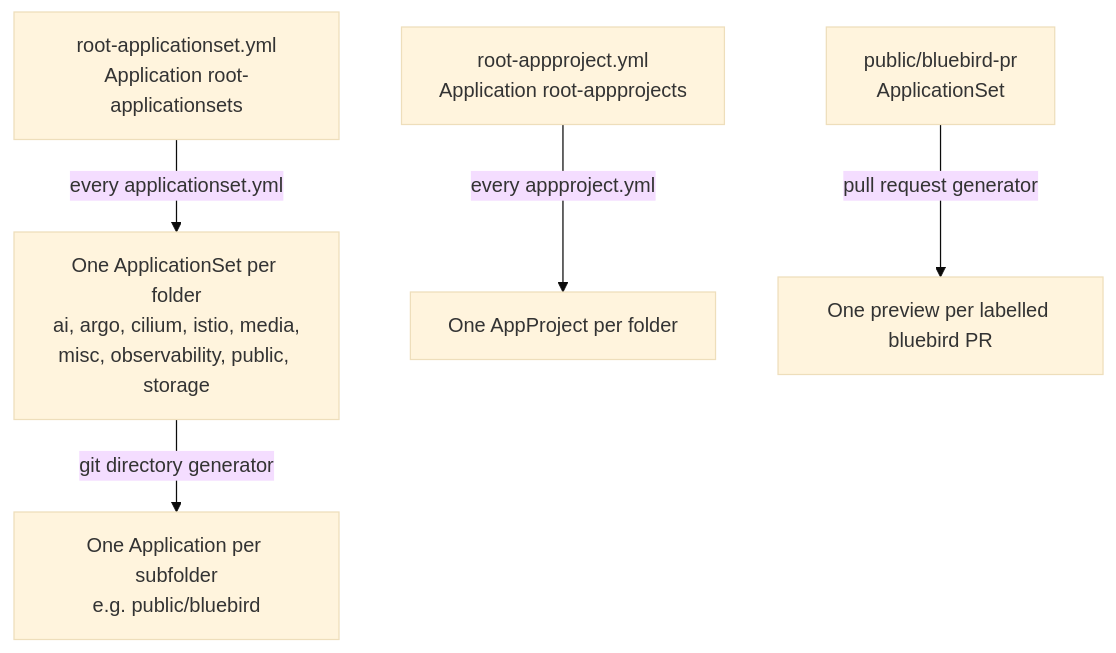
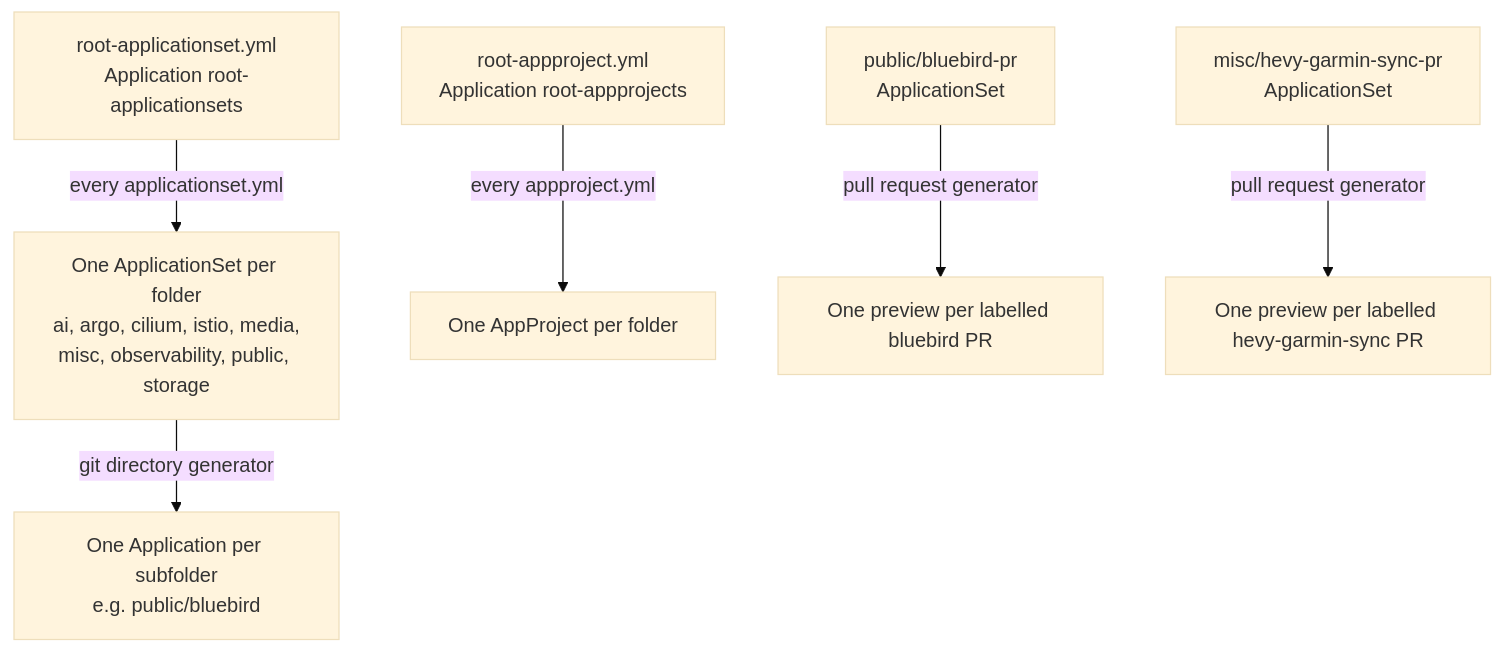
Before and after one commit to zimmertr/Kubernetes-Manifests: the diagram in docs/ARCHITECTURE.md, drawn with Mermaid (base theme). The commit also changed other lines of this file and 7 other files, not shown here.

First line of the commit message:
feat(hevy-garmin-sync): the status page at atlas.sol.milkyway, and a preview per PR (#2144)

````diff
--- a/docs/ARCHITECTURE.md
+++ b/docs/ARCHITECTURE.md
@@ -7,7 +7,8 @@
 ```mermaid
 flowchart TD
   rootapps["root-applicationset.yml<br/>Application root-applicationsets"] -->|every applicationset.yml| sets["One ApplicationSet per folder<br/>ai, argo, cilium, istio, media,<br/>misc, observability, public, storage"]
   rootproj["root-appproject.yml<br/>Application root-appprojects"] -->|every appproject.yml| projects["One AppProject per folder"]
   sets -->|git directory generator| apps["One Application per subfolder<br/>e.g. public/bluebird"]
   preview["public/bluebird-pr<br/>ApplicationSet"] -->|pull request generator| previews["One preview per labelled bluebird PR"]
+  hgspreview["misc/hevy-garmin-sync-pr<br/>ApplicationSet"] -->|pull request generator| hgspreviews["One preview per labelled hevy-garmin-sync PR"]
 ```
````
